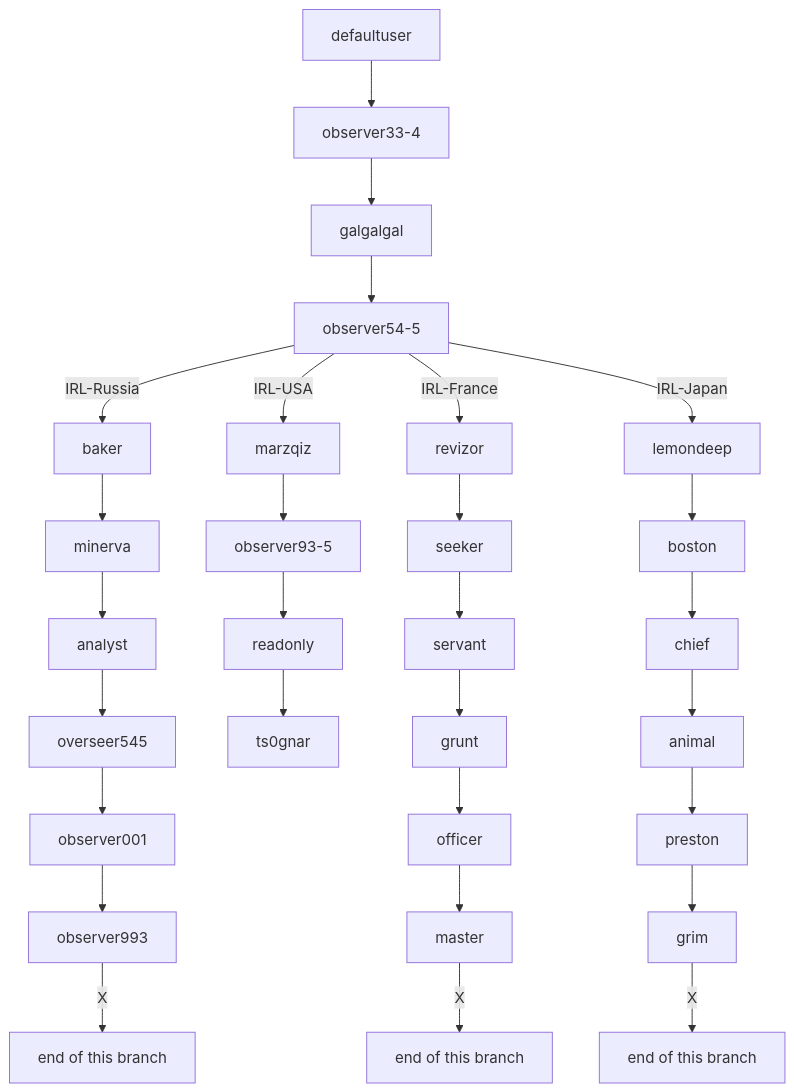
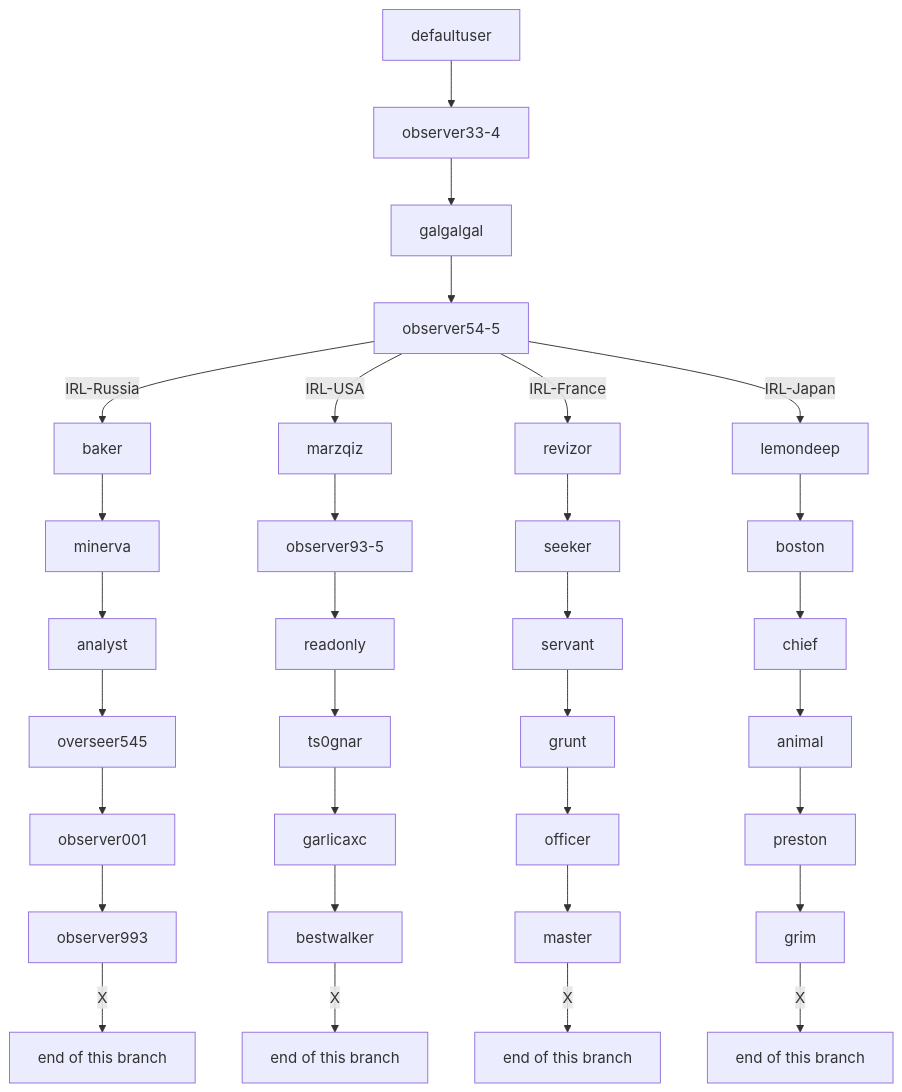
Before and after one commit to Philsie/ARRS-documentation: the diagram in README.md, drawn with Mermaid.

````diff
--- a/README.md
+++ b/README.md
@@ -44,35 +44,38 @@
 ```mermaid
 graph TD;
     defaultuser --> observer33-4;
     observer33-4 --> galgalgal;
     galgalgal --> observer54-5;
 
     observer54-5 --IRL-Russia--> baker;
     baker --> minerva;
     minerva --> analyst;
     analyst --> overseer545;
     overseer545 --> observer001;
     observer001 --> observer993;
     observer993 --X--> russiaEnd["end of this branch"];
 
     observer54-5 --IRL-USA--> marzqiz;
     marzqiz --> observer93-5;
     observer93-5 --> readonly;
     readonly --> ts0gnar;
+    ts0gnar --> garlicaxc;
+    garlicaxc --> bestwalker;
+    bestwalker --X--> usaEnd["end of this branch"];
 
     observer54-5 --IRL-France--> revizor;
     revizor --> seeker;
     seeker --> servant;
     servant --> grunt;
     grunt --> officer;
     officer --> master;
     master --X--> franceEnd["end of this branch"];
 
     observer54-5 --IRL-Japan--> lemondeep;
     lemondeep --> boston;
     boston --> chief;
     chief --> animal;
     animal --> preston;
     preston --> grim;
     grim --X--> japanEnd["end of this branch"];
 ```
````
